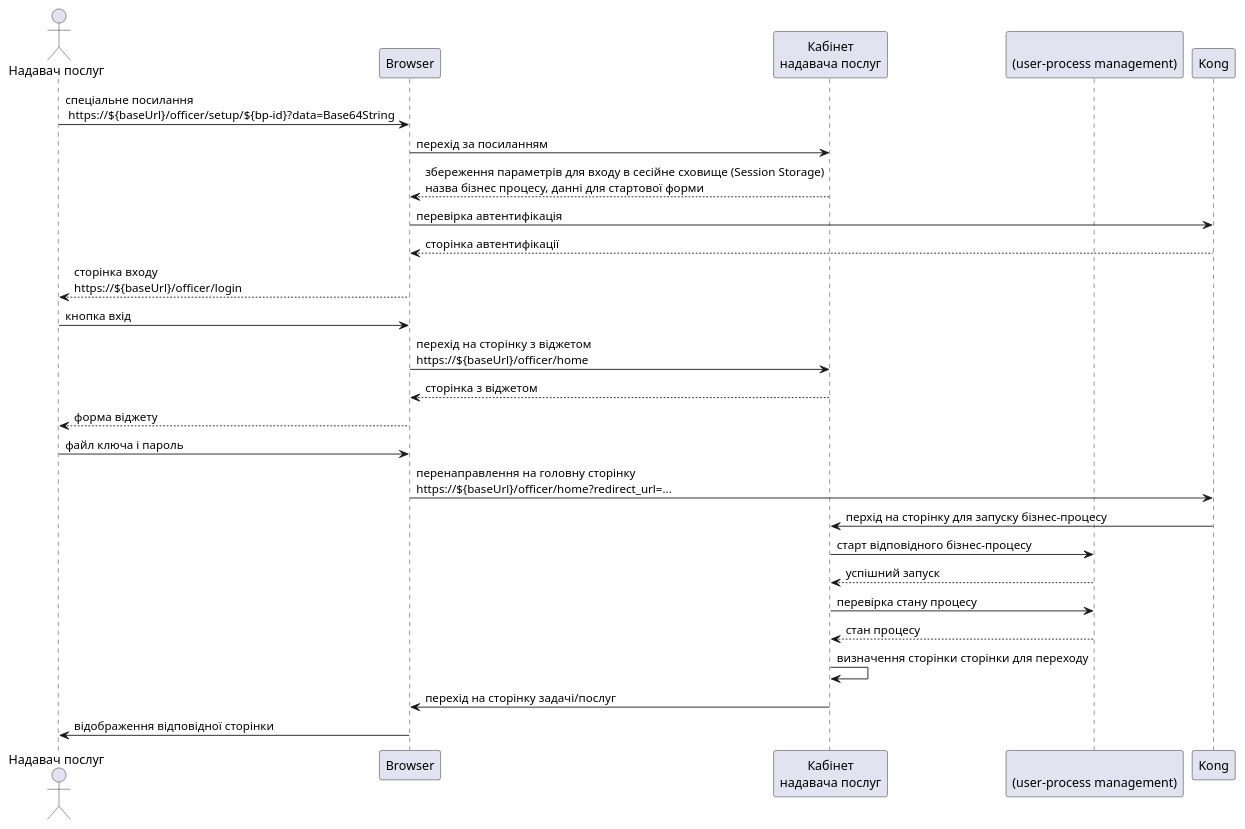
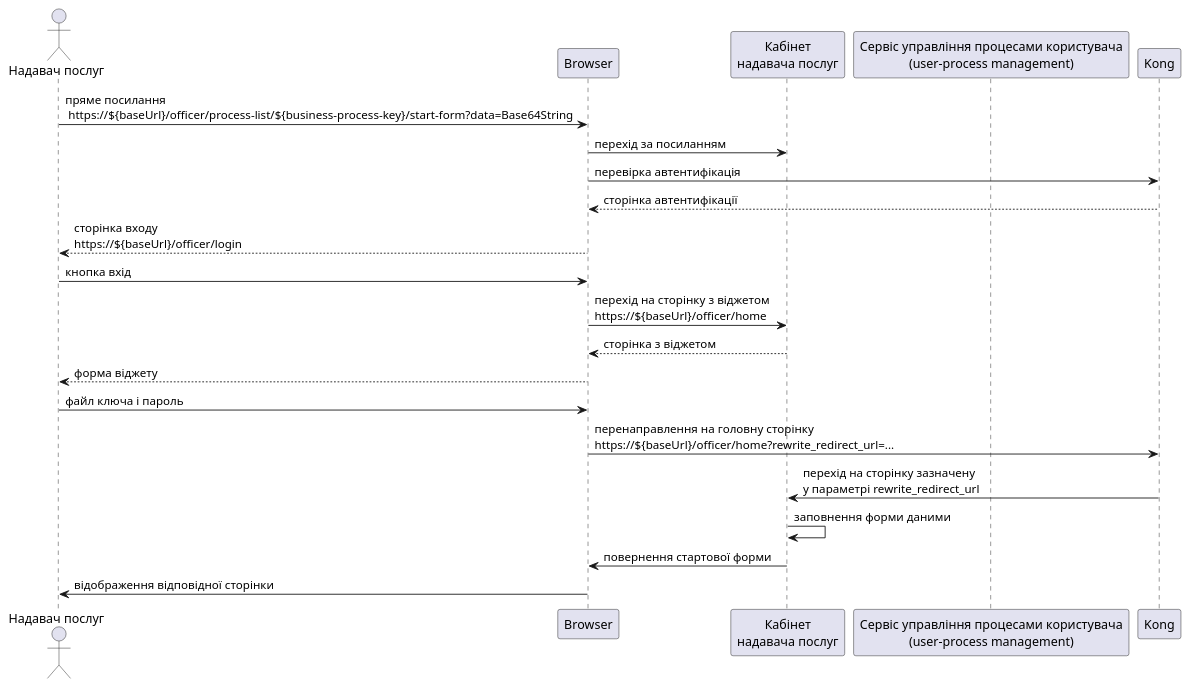
Before and after one commit to epam/edp-ddm-architecture: the diagram in docs/ua/modules/arch/pages/architecture/registry/operational/portals/platform-evolution/bp-url.adoc, drawn with PlantUML. The commit also changed other lines of this file and 1 other file, not shown here.

Commit message:
[EDP-DDM-26304] Audit events description for registry-management added

```diff
--- a/docs/ua/modules/arch/pages/architecture/registry/operational/portals/platform-evolution/bp-url.adoc
+++ b/docs/ua/modules/arch/pages/architecture/registry/operational/portals/platform-evolution/bp-url.adoc
@@ -117,30 +84,26 @@
 [plantuml]
 ----
 actor "Надавач послуг" as officer
 participant "Browser" as browser
 participant "Kong" as kong
 participant "Кабінет\nнадавача послуг" as portal
-participant "\n(user-process management)" as upm
+participant "Сервіс управління процесами користувача\n(user-process management)" as upm
 participant "Kong" as kong
 
-officer -> browser: спеціальне посилання \n https://${baseUrl}/officer/setup/${bp-id}?data=Base64String
+officer -> browser: пряме посилання \n https://${baseUrl}/officer/process-list/${business-process-key}/start-form?data=Base64String
 browser -> portal: перехід за посиланням
-portal --> browser: збереження параметрів для входу в сесійне сховище (Session Storage)\nназва бізнес процесу, данні для стартової форми
+
 browser -> kong: перевірка автентифікація
 kong --> browser: сторінка автентифікації
 browser --> officer: сторінка входу \nhttps://${baseUrl}/officer/login
 officer -> browser: кнопка вхід
 browser -> portal: перехід на сторінку з віджетом \nhttps://${baseUrl}/officer/home
 return сторінка з віджетом
 browser --> officer: форма віджету
 officer -> browser: файл ключа і пароль
-browser -> kong: перенаправлення на головну сторінку\nhttps://${baseUrl}/officer/home?redirect_url=...
-kong -> portal: перхід на сторінку для запуску бізнес-процесу
-portal -> upm: старт відповідного бізнес-процесу
-return успішний запуск
-portal -> upm: перевірка стану процесу
-return стан процесу
-portal -> portal: визначення сторінки сторінки для переходу
-portal -> browser: перехід на сторінку задачі/послуг
+browser -> kong: перенаправлення на головну сторінку\nhttps://${baseUrl}/officer/home?rewrite_redirect_url=...
+kong -> portal: перехід на сторінку зазначену\nу параметрі rewrite_redirect_url
+portal -> portal: заповнення форми даними
+portal -> browser: повернення стартової форми
 browser -> officer: відображення відповідної сторінки
 ----
```
